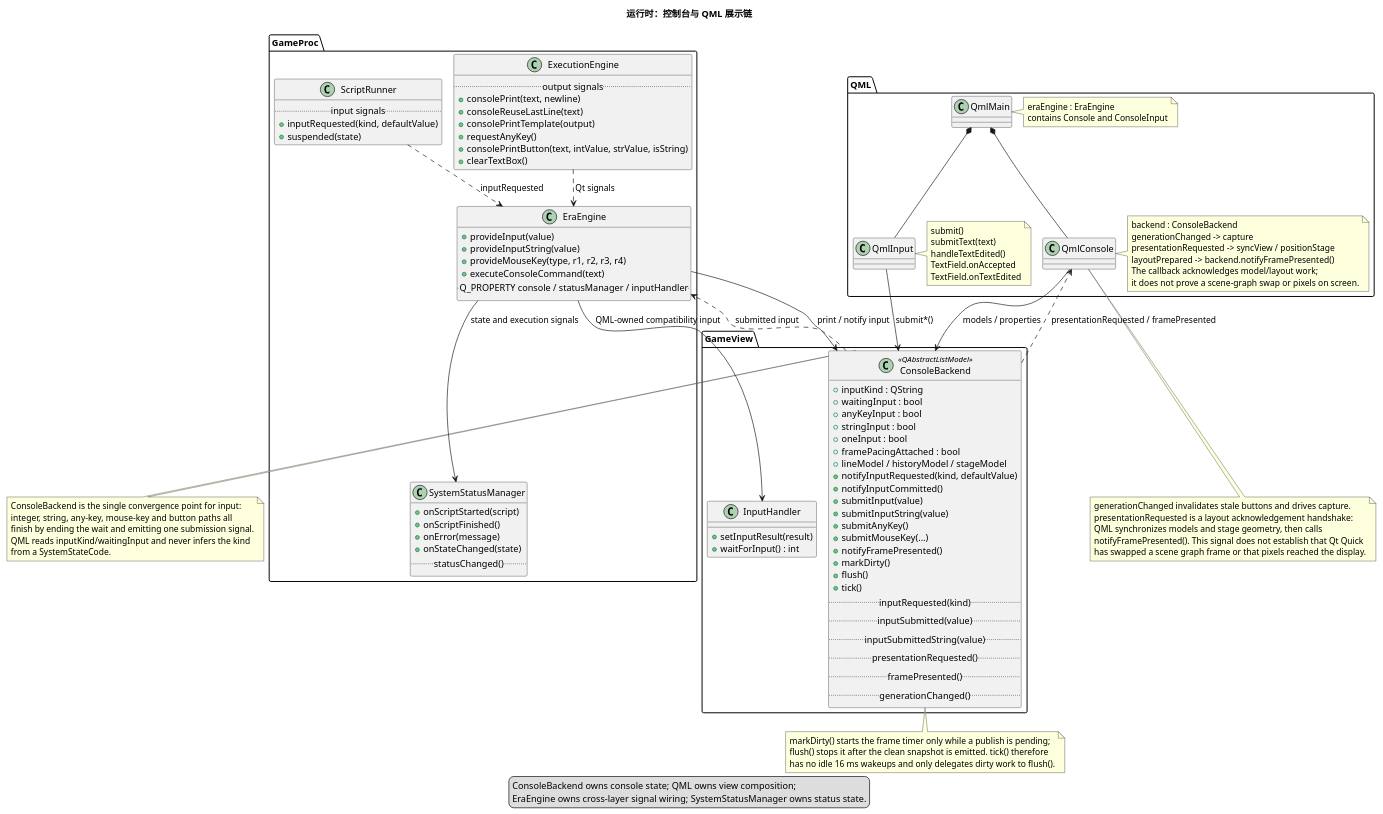
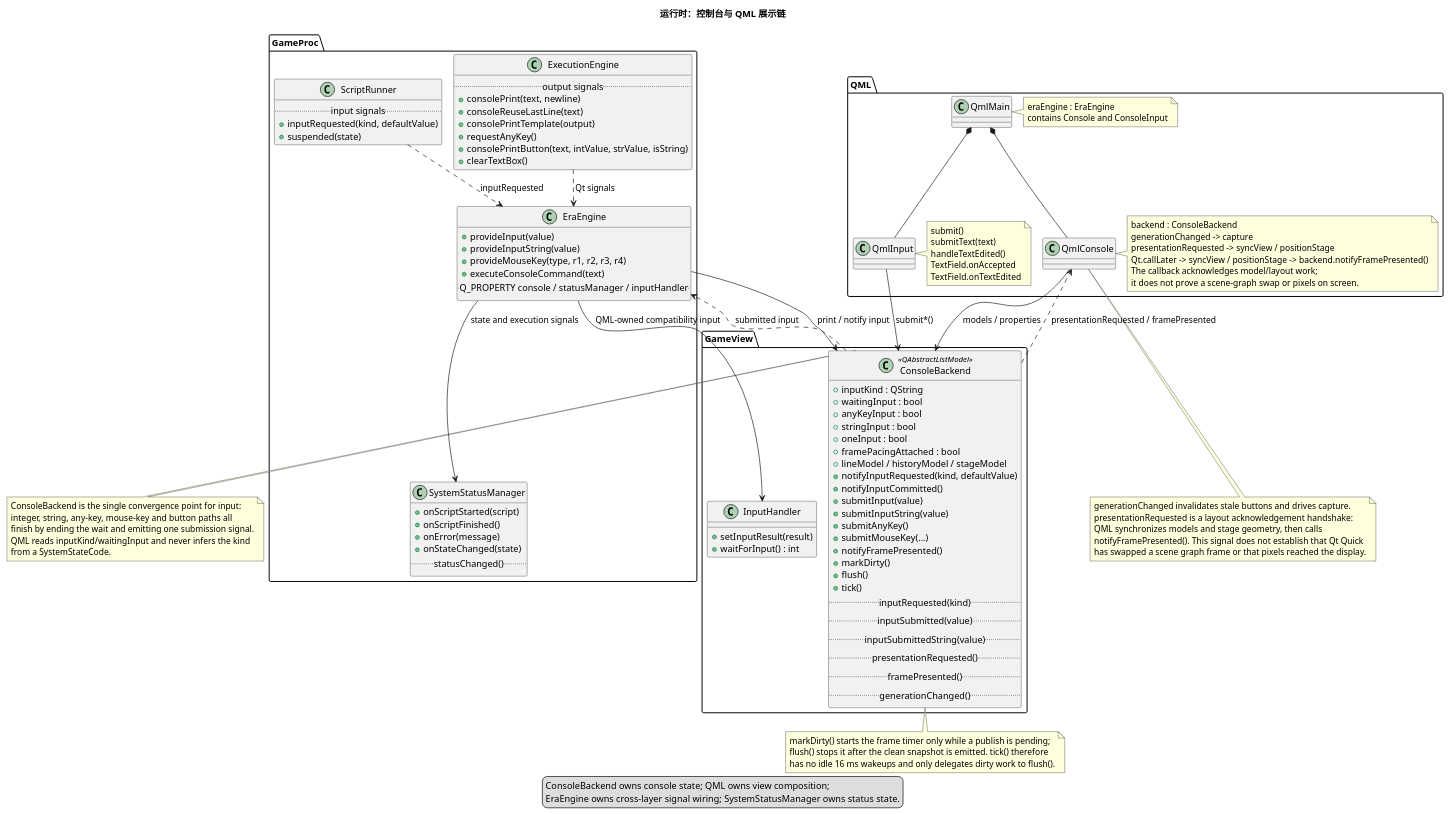
Before and after one commit to yigekuyou/qt-eraemu: the diagram in docs/uml/04-runtime-console-qml.puml, drawn with PlantUML. The commit also changed 9 other files, not shown here.

```diff
--- a/docs/uml/04-runtime-console-qml.puml
+++ b/docs/uml/04-runtime-console-qml.puml
@@ -1,143 +1,143 @@
 @startuml 04-runtime-console-qml
 !pragma layout smetana
 ' 运行时责任 3/4：输出、输入桥接与 QML 呈现
 ' 来源：eraengine.cpp, GameProc/execution_engine.h, GameView/console_backend.h,
 '       GameView/system_status_manager.h, GameView/input_handler.h, qml/Console.qml,
 '       qml/ConsoleInput.qml
 
 title 运行时：控制台与 QML 展示链
 
 package "GameProc" {
   class ExecutionEngine {
     .. output signals ..
     + consolePrint(text, newline)
     + consoleReuseLastLine(text)
     + consolePrintTemplate(output)
     + requestAnyKey()
     + consolePrintButton(text, intValue, strValue, isString)
     + clearTextBox()
   }
 
   class ScriptRunner {
     .. input signals ..
     + inputRequested(kind, defaultValue)
     + suspended(state)
   }
 
   class EraEngine {
     + provideInput(value)
     + provideInputString(value)
     + provideMouseKey(type, r1, r2, r3, r4)
     + executeConsoleCommand(text)
     .. Q_PROPERTY console / statusManager / inputHandler ..
   }
 
   class SystemStatusManager {
     + onScriptStarted(script)
     + onScriptFinished()
     + onError(message)
     + onStateChanged(state)
     .. statusChanged() ..
   }
 }
 
 package "GameView" {
   class ConsoleBackend <<QAbstractListModel>> {
     + inputKind : QString
     + waitingInput : bool
     + anyKeyInput : bool
     + stringInput : bool
     + oneInput : bool
     + framePacingAttached : bool
     + lineModel / historyModel / stageModel
     + notifyInputRequested(kind, defaultValue)
     + notifyInputCommitted()
     + submitInput(value)
     + submitInputString(value)
     + submitAnyKey()
     + submitMouseKey(...)
     + notifyFramePresented()
     + markDirty()
     + flush()
     + tick()
     .. inputRequested(kind) ..
     .. inputSubmitted(value) ..
     .. inputSubmittedString(value) ..
     .. presentationRequested() ..
     .. framePresented() ..
     .. generationChanged() ..
   }
 
   class InputHandler {
     + setInputResult(result)
     + waitForInput() : int
   }
 }
 
 package "QML" {
   class QmlConsole
   class QmlInput
   class QmlMain
 
   note right of QmlConsole
     backend : ConsoleBackend
     generationChanged -> capture
     presentationRequested -> syncView / positionStage
-    layoutPrepared -> backend.notifyFramePresented()
+    Qt.callLater -> syncView / positionStage -> backend.notifyFramePresented()
     The callback acknowledges model/layout work;
     it does not prove a scene-graph swap or pixels on screen.
   end note
 
   note right of QmlInput
     submit()
     submitText(text)
     handleTextEdited()
     TextField.onAccepted
     TextField.onTextEdited
   end note
 
   note right of QmlMain
     eraEngine : EraEngine
     contains Console and ConsoleInput
   end note
 }
 
 ExecutionEngine ..> EraEngine : Qt signals
 ScriptRunner ..> EraEngine : inputRequested
 EraEngine --> ConsoleBackend : print / notify input
 ConsoleBackend ..> EraEngine : submitted input
 EraEngine --> SystemStatusManager : state and execution signals
 EraEngine --> InputHandler : QML-owned compatibility input
 QmlMain *-- QmlConsole
 QmlMain *-- QmlInput
 QmlConsole --> ConsoleBackend : models / properties
 QmlInput --> ConsoleBackend : submit*()
 ConsoleBackend ..> QmlConsole : presentationRequested / framePresented
 
 note right of ConsoleBackend
   ConsoleBackend is the single convergence point for input:
   integer, string, any-key, mouse-key and button paths all
   finish by ending the wait and emitting one submission signal.
   QML reads inputKind/waitingInput and never infers the kind
   from a SystemStateCode.
 end note
 
 note bottom of QmlConsole
   generationChanged invalidates stale buttons and drives capture.
   presentationRequested is a layout acknowledgement handshake:
   QML synchronizes models and stage geometry, then calls
   notifyFramePresented(). This signal does not establish that Qt Quick
   has swapped a scene graph frame or that pixels reached the display.
 end note
 
 note bottom of ConsoleBackend
   markDirty() starts the frame timer only while a publish is pending;
   flush() stops it after the clean snapshot is emitted. tick() therefore
   has no idle 16 ms wakeups and only delegates dirty work to flush().
 end note
 
 legend bottom
   ConsoleBackend owns console state; QML owns view composition;
   EraEngine owns cross-layer signal wiring; SystemStatusManager owns status state.
 endlegend
 @enduml
```
